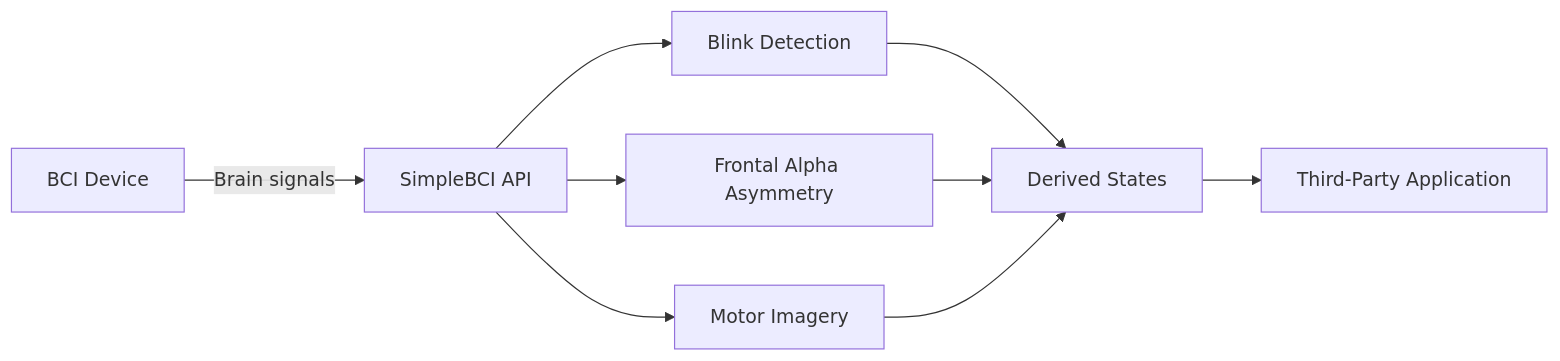
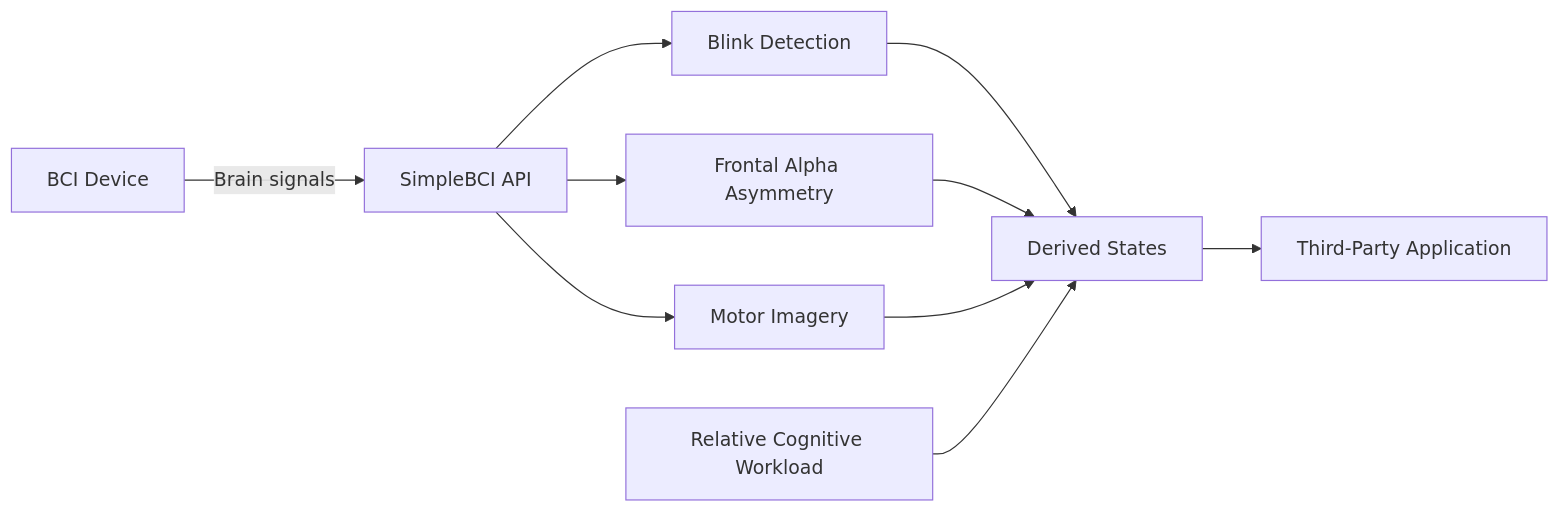
Before and after one commit to Ferryry/SimpleBCI: the second of 2 diagrams in README.md, drawn with Mermaid. The commit also changed other lines of this file and 19 other files, not shown here.

````diff
--- a/README.md
+++ b/README.md
@@ -33,14 +33,15 @@
 ```mermaid
 flowchart LR
     EEG[BCI Device] -->|Brain signals| API[SimpleBCI API]
 
     API --> BLINK[Blink Detection]
     API --> FAA[Frontal Alpha Asymmetry]
     API --> MI[Motor Imagery]
 
     BLINK --> STATE[Derived States]
     FAA --> STATE
     MI --> STATE
+    WORKLOAD[Relative Cognitive Workload] --> STATE
 
     STATE --> APP[Third-Party Application]
 ```
````
